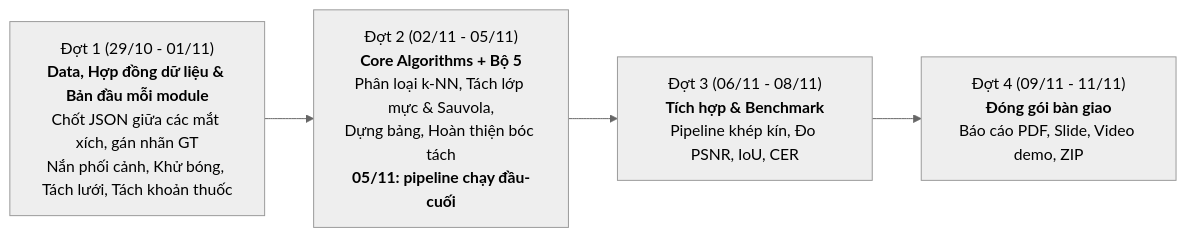
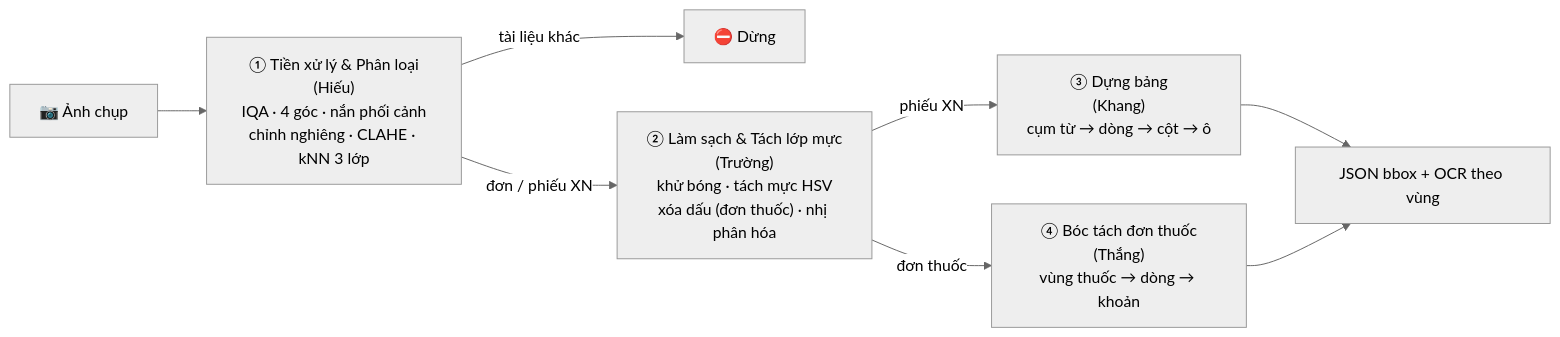
One commit to KhangDaoz/dip changed the diagram in docs/DeTai_XuLyAnh_ChiTiet.md. Above: the diagram before and after it, drawn with Mermaid (neutral theme). The commit also changed other lines of this file and 176 other files, not shown here.

First line of the commit message:
Đồng bộ tài liệu theo KeHoach.md, đưa code về skeleton

````diff
--- a/docs/DeTai_XuLyAnh_ChiTiet.md
+++ b/docs/DeTai_XuLyAnh_ChiTiet.md
@@ -189,6 +43,12 @@
 ```mermaid
 flowchart LR
-    M1["Đợt 1 (29/10 - 01/11)<br><b>Data, Hợp đồng dữ liệu & Bản đầu mỗi module</b><br>Chốt JSON giữa các mắt xích, gán nhãn GT<br>Nắn phối cảnh, Khử bóng, Tách lưới, Tách khoản thuốc"] --> M2["Đợt 2 (02/11 - 05/11)<br><b>Core Algorithms + Bộ 5</b><br>Phân loại k-NN, Tách lớp mực & Sauvola,<br>Dựng bảng, Hoàn thiện bóc tách<br><b>05/11: pipeline chạy đầu-cuối</b>"]
-    M2 --> M3["Đợt 3 (06/11 - 08/11)<br><b>Tích hợp & Benchmark</b><br>Pipeline khép kín, Đo PSNR, IoU, CER"]
-    M3 --> M4["Đợt 4 (09/11 - 11/11)<br><b>Đóng gói bàn giao</b><br>Báo cáo PDF, Slide, Video demo, ZIP"]
+    IN["📷 Ảnh chụp"] --> P1
+    P1["① Tiền xử lý & Phân loại<br>(Hiếu)<br>IQA · 4 góc · nắn phối cảnh<br>chỉnh nghiêng · CLAHE · kNN 3 lớp"]
+    P1 -->|tài liệu khác| X["⛔ Dừng"]
+    P1 -->|đơn / phiếu XN| P2
+    P2["② Làm sạch & Tách lớp mực<br>(Trường)<br>khử bóng · tách mực HSV<br>xóa dấu (đơn thuốc) · nhị phân hóa"]
+    P2 -->|phiếu XN| P3["③ Dựng bảng<br>(Khang)<br>cụm từ → dòng → cột → ô"]
+    P2 -->|đơn thuốc| P4["④ Bóc tách đơn thuốc<br>(Thắng)<br>vùng thuốc → dòng → khoản"]
+    P3 --> O["JSON bbox + OCR theo vùng"]
+    P4 --> O
 ```
````
